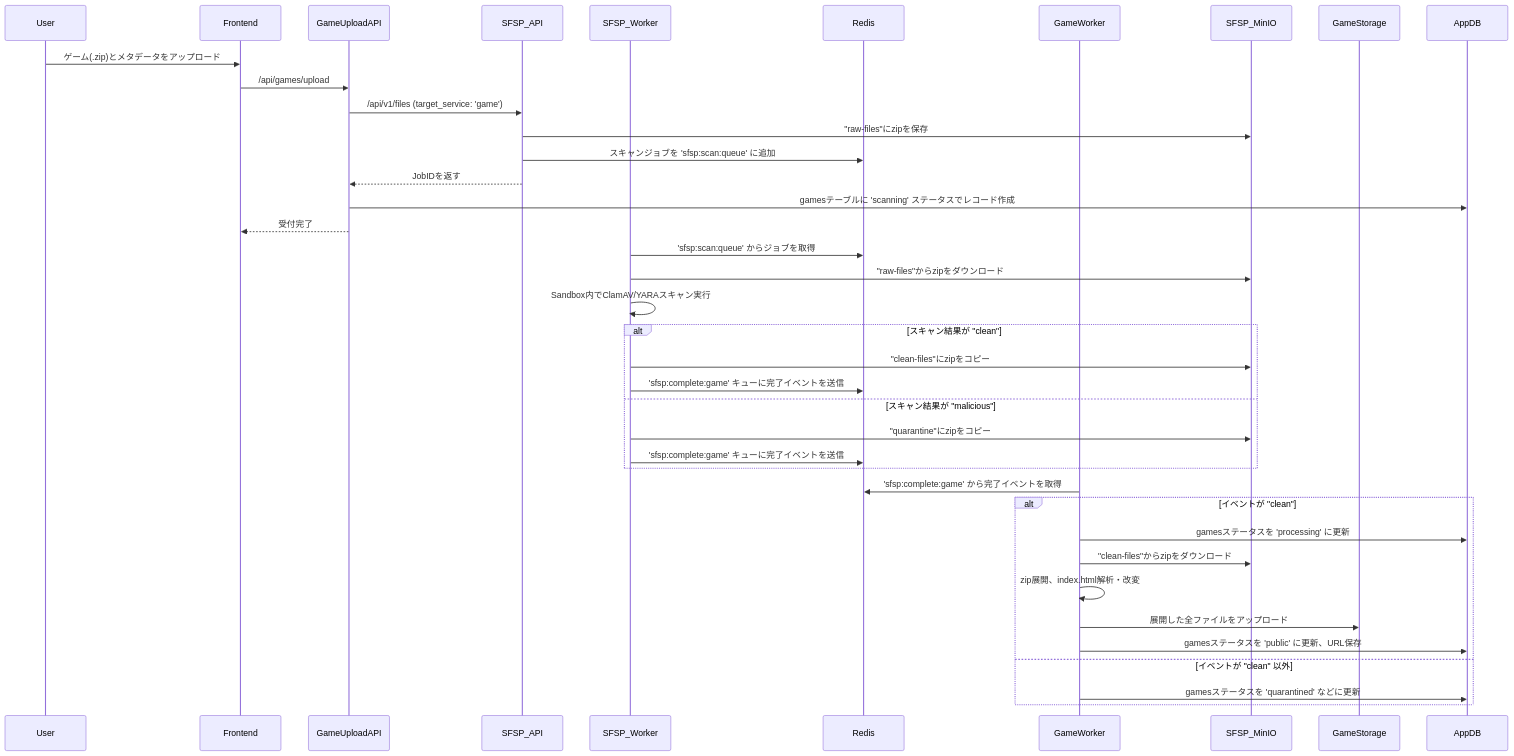
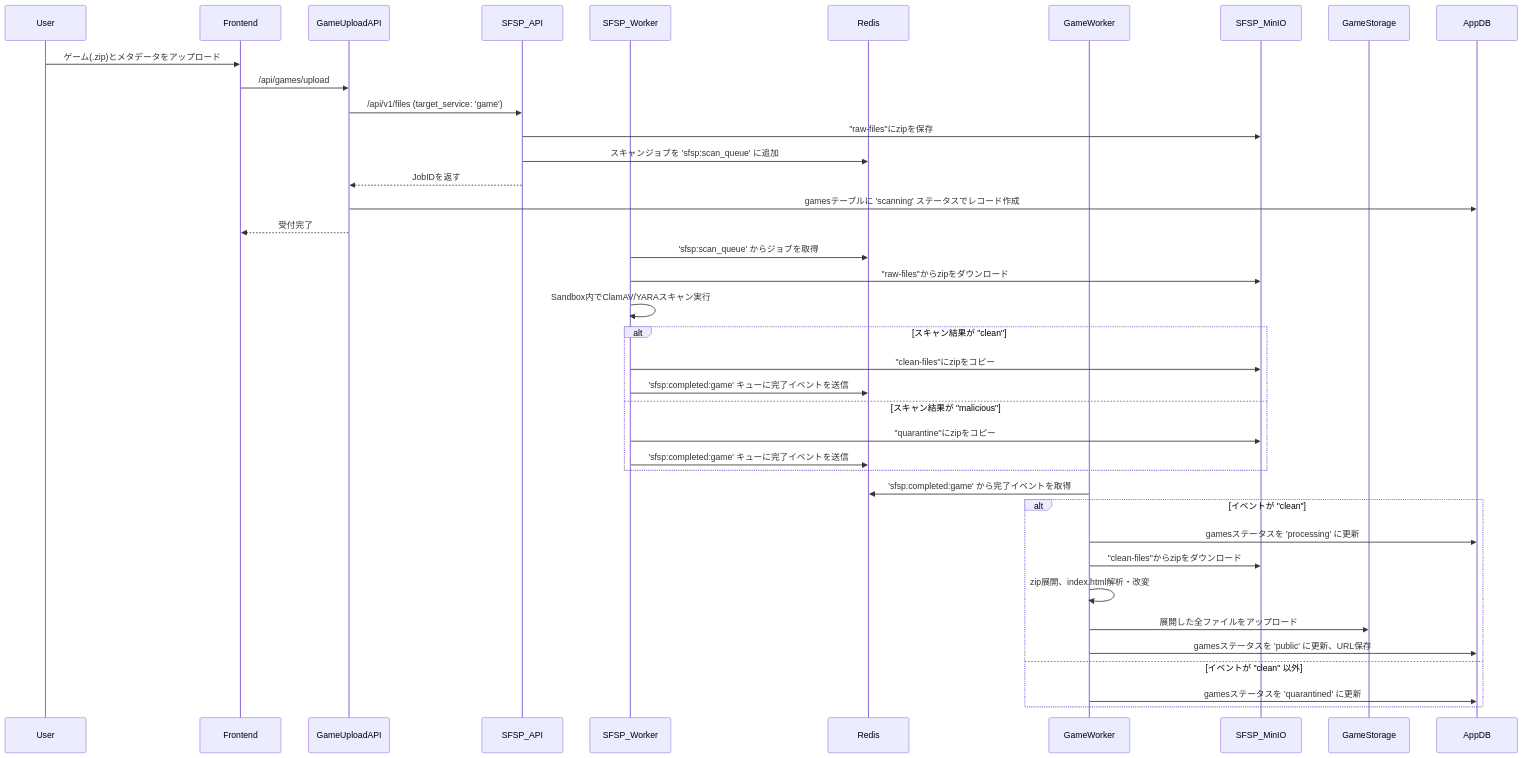
One commit to TARS8000/Atomosidea changed the second of 2 diagrams in README.md. Above: the diagram before and after it, drawn with Mermaid. The commit also changed other lines of this file and 5224 other files, not shown here.

````diff
--- a/README.md
+++ b/README.md
@@ -381,42 +429,42 @@
 ```mermaid
 sequenceDiagram
     participant User
     participant Frontend
     participant GameUploadAPI
     participant SFSP_API
     participant SFSP_Worker
     participant Redis
     participant GameWorker
     participant SFSP_MinIO
     participant GameStorage
     participant AppDB
 
     User->>Frontend: ゲーム(.zip)とメタデータをアップロード
     Frontend->>GameUploadAPI: /api/games/upload
     GameUploadAPI->>SFSP_API: /api/v1/files (target_service: 'game')
     SFSP_API->>SFSP_MinIO: "raw-files"にzipを保存
-    SFSP_API->>Redis: スキャンジョブを 'sfsp:scan:queue' に追加
+    SFSP_API->>Redis: スキャンジョブを 'sfsp:scan_queue' に追加
     SFSP_API-->>GameUploadAPI: JobIDを返す
     GameUploadAPI->>AppDB: gamesテーブルに 'scanning' ステータスでレコード作成
     GameUploadAPI-->>Frontend: 受付完了
-    SFSP_Worker->>Redis: 'sfsp:scan:queue' からジョブを取得
+    SFSP_Worker->>Redis: 'sfsp:scan_queue' からジョブを取得
     SFSP_Worker->>SFSP_MinIO: "raw-files"からzipをダウンロード
     SFSP_Worker->>SFSP_Worker: Sandbox内でClamAV/YARAスキャン実行
     alt スキャン結果が "clean"
         SFSP_Worker->>SFSP_MinIO: "clean-files"にzipをコピー
-        SFSP_Worker->>Redis: 'sfsp:complete:game' キューに完了イベントを送信
+        SFSP_Worker->>Redis: 'sfsp:completed:game' キューに完了イベントを送信
     else スキャン結果が "malicious"
         SFSP_Worker->>SFSP_MinIO: "quarantine"にzipをコピー
-        SFSP_Worker->>Redis: 'sfsp:complete:game' キューに完了イベントを送信
+        SFSP_Worker->>Redis: 'sfsp:completed:game' キューに完了イベントを送信
     end
-    GameWorker->>Redis: 'sfsp:complete:game' から完了イベントを取得
+    GameWorker->>Redis: 'sfsp:completed:game' から完了イベントを取得
     alt イベントが "clean"
         GameWorker->>AppDB: gamesステータスを 'processing' に更新
         GameWorker->>SFSP_MinIO: "clean-files"からzipをダウンロード
         GameWorker->>GameWorker: zip展開、index.html解析・改変
         GameWorker->>GameStorage: 展開した全ファイルをアップロード
         GameWorker->>AppDB: gamesステータスを 'public' に更新、URL保存
     else イベントが "clean" 以外
-        GameWorker->>AppDB: gamesステータスを 'quarantined' などに更新
+        GameWorker->>AppDB: gamesステータスを 'quarantined' に更新
     end
 ```
````
